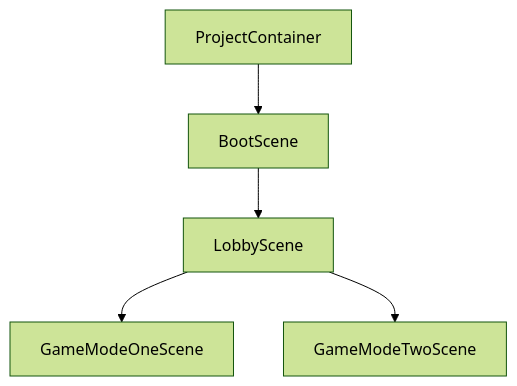
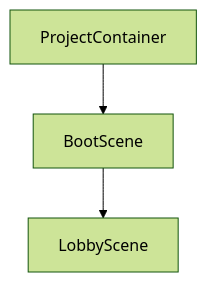
The second of 2 diagrams in .github/README.md (gustavopsantos/Reflex), drawn with Mermaid (forest theme) before and after one commit. The commit also changed other lines of this file, not shown here.

````diff
--- a/.github/README.md
+++ b/.github/README.md
@@ -237,7 +240,5 @@
 ```mermaid
 graph
 ProjectContainer-->BootScene
 BootScene-->LobbyScene
-LobbyScene-->GameModeOneScene
-LobbyScene-->GameModeTwoScene
 ```
````
